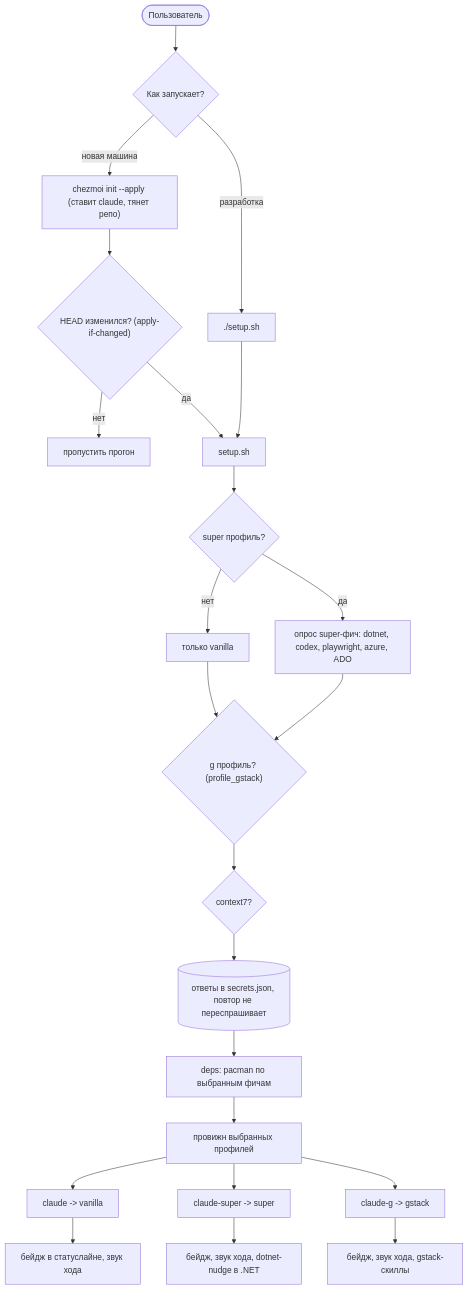
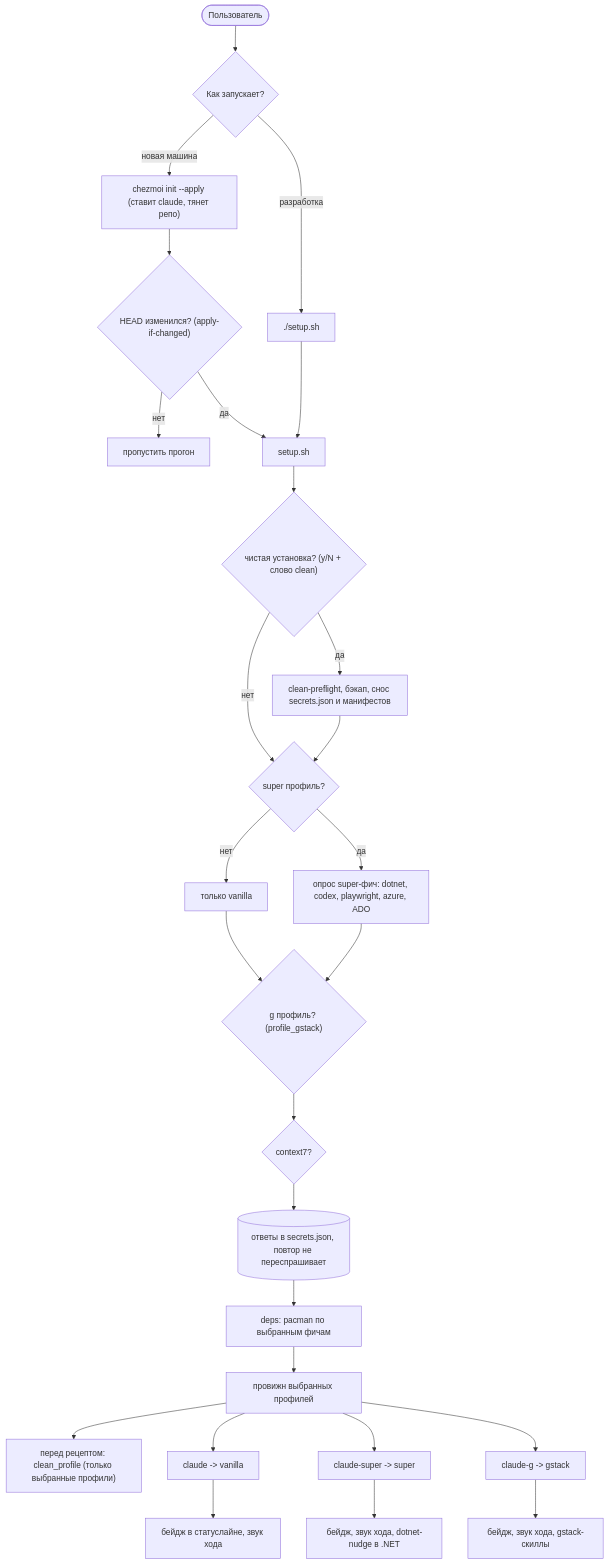
The diagram in docs/user-flow.md (stpntkhnv/claudefiles), drawn with Mermaid before and after one commit. The commit also changed 3 other files, not shown here.

````diff
--- a/docs/user-flow.md
+++ b/docs/user-flow.md
@@ -7,28 +7,32 @@
 ```mermaid
 flowchart TD
   start([Пользователь]) --> how{"Как запускает?"}
   how -->|"новая машина"| chez["chezmoi init --apply (ставит claude, тянет репо)"]
   how -->|"разработка"| direct["./setup.sh"]
 
   chez --> gate{"HEAD изменился? (apply-if-changed)"}
   gate -->|нет| skip["пропустить прогон"]
   gate -->|да| run
   direct --> run["setup.sh"]
 
-  run --> q{"super профиль?"}
+  run --> clean{"чистая установка? (y/N + слово clean)"}
+  clean -->|да| wipe["clean-preflight, бэкап, снос secrets.json и манифестов"]
+  clean -->|нет| q{"super профиль?"}
+  wipe --> q
   q -->|нет| onlyv["только vanilla"]
   q -->|да| feats["опрос super-фич: dotnet, codex, playwright, azure, ADO"]
   onlyv --> g{"g профиль? (profile_gstack)"}
   feats --> g
   g --> c7{"context7?"}
   c7 --> persist[("ответы в secrets.json, повтор не переспрашивает")]
 
   persist --> deps["deps: pacman по выбранным фичам"]
   deps --> provision["провижн выбранных профилей"]
+  provision --> cp["перед рецептом: clean_profile (только выбранные профили)"]
   provision --> out1["claude -> vanilla"]
   provision --> out2["claude-super -> super"]
   provision --> out3["claude-g -> gstack"]
   out1 --> ux1["бейдж в статуслайне, звук хода"]
   out2 --> ux2["бейдж, звук хода, dotnet-nudge в .NET"]
   out3 --> ux3["бейдж, звук хода, gstack-скиллы"]
 ```
````
